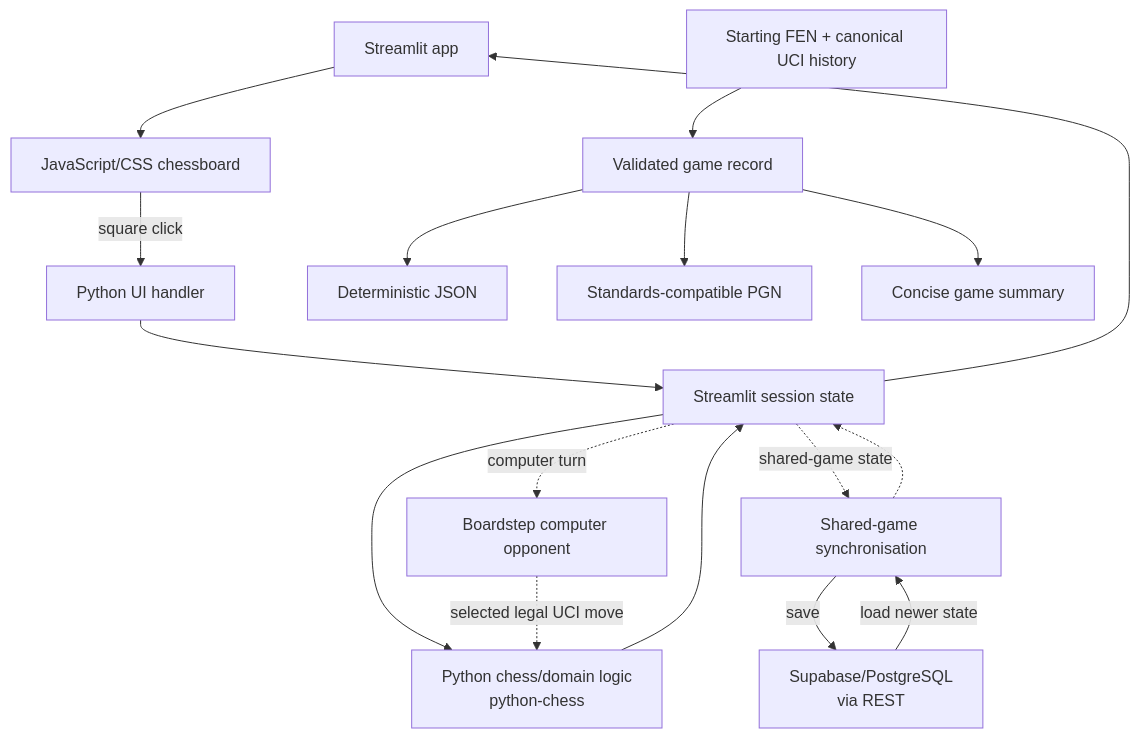
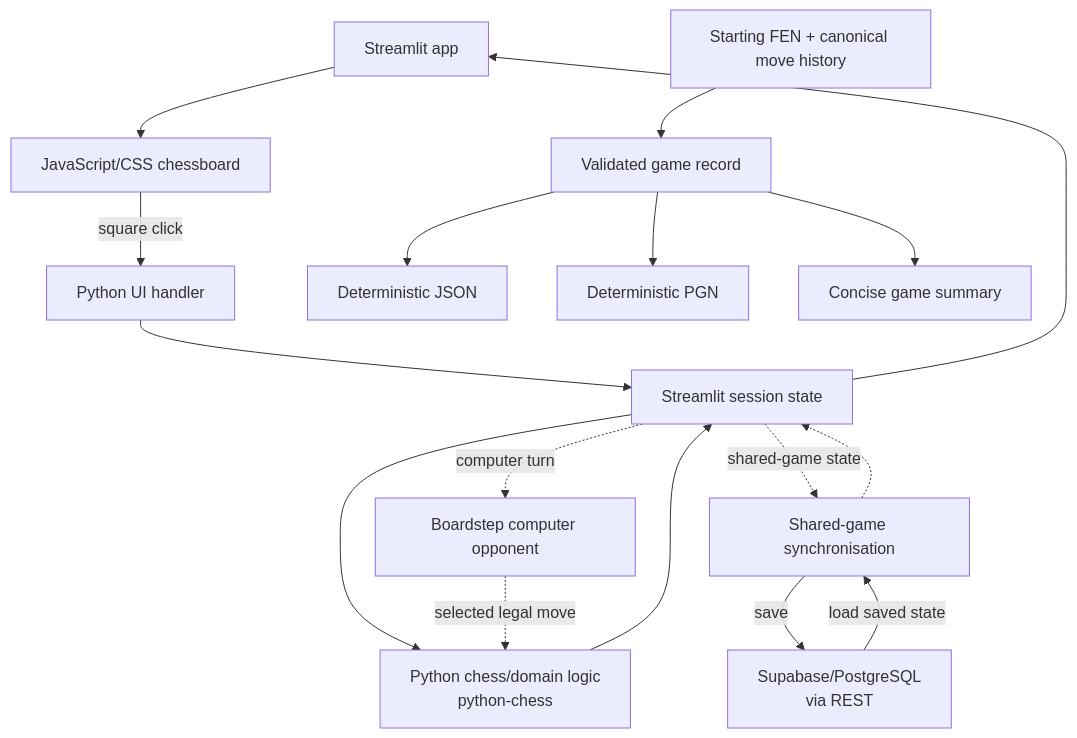
One commit to NikolayAir/Boardstep changed the diagram in README.md. Above: the diagram before and after it, drawn with Mermaid. The commit also changed other lines of this file and 2 other files, not shown here.

````diff
--- a/README.md
+++ b/README.md
@@ -94,23 +22,23 @@
 ```mermaid
 flowchart TB
     UI["Streamlit app"] --> Board["JavaScript/CSS chessboard"]
     Board -->|"square click"| Handler["Python UI handler"]
     Handler --> State["Streamlit session state"]
 
     State --> Rules["Python chess/domain logic<br/>python-chess"]
     Rules --> State
     State --> UI
 
     State -. "computer turn" .-> Computer["Boardstep computer opponent"]
-    Computer -. "selected legal UCI move" .-> Rules
+    Computer -. "selected legal move" .-> Rules
 
     State -. "shared-game state" .-> Sync["Shared-game synchronisation"]
     Sync -->|"save"| Storage["Supabase/PostgreSQL<br/>via REST"]
-    Storage -->|"load newer state"| Sync
+    Storage -->|"load saved state"| Sync
     Sync -.-> State
 
-    History["Starting FEN + canonical UCI history"] --> Record["Validated game record"]
+    History["Starting FEN + canonical move history"] --> Record["Validated game record"]
     Record --> JSON["Deterministic JSON"]
-    Record --> PGN["Standards-compatible PGN"]
+    Record --> PGN["Deterministic PGN"]
     Record --> Summary["Concise game summary"]
 ```
````
